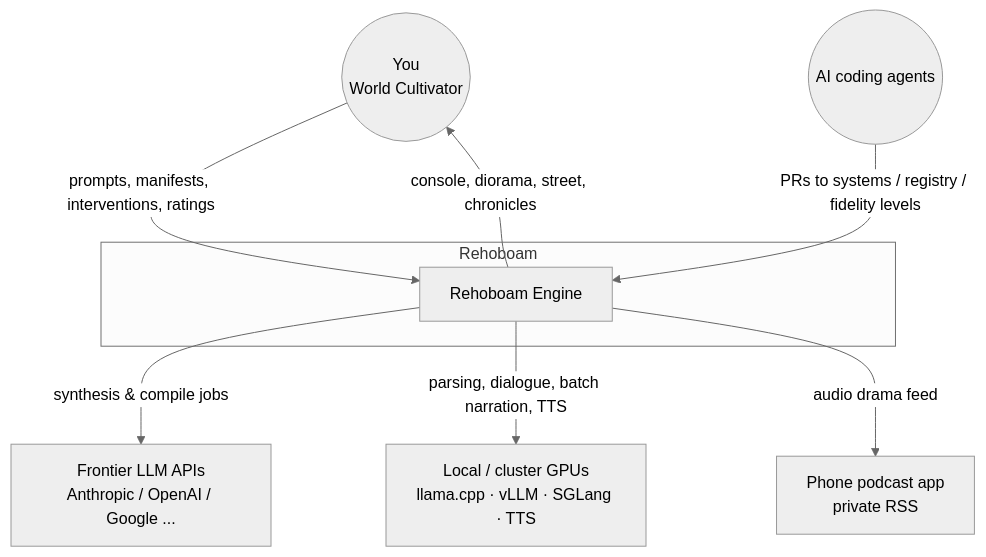
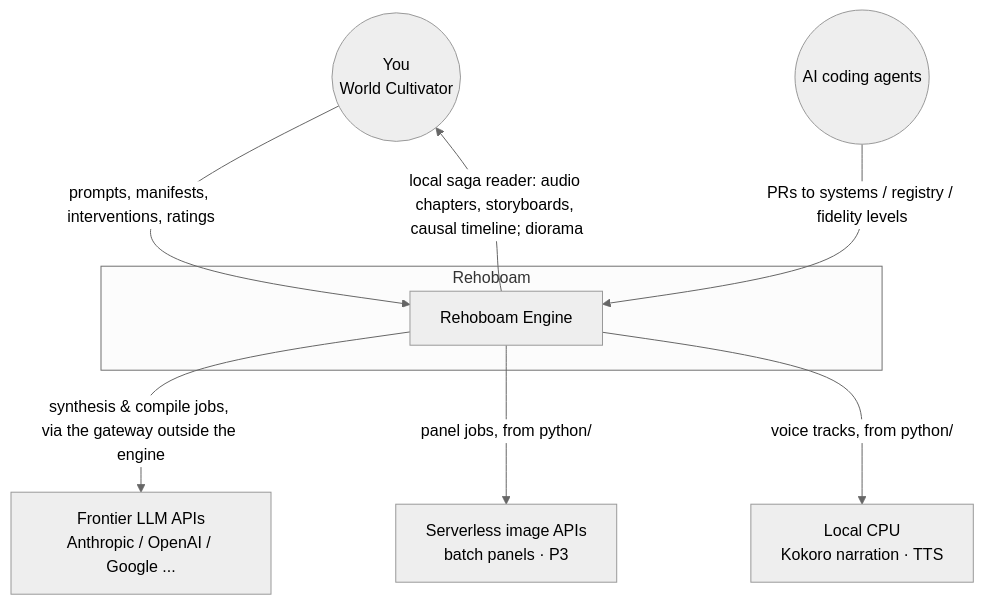
One commit to BigRigVibeCoder/Rehoboam changed the first of 3 diagrams in docs/05_architecture/05.0_overview.md. Above: the diagram before and after it, drawn with Mermaid (neutral theme). The commit also changed other lines of this file and 40 other files, not shown here.

````diff
--- a/docs/05_architecture/05.0_overview.md
+++ b/docs/05_architecture/05.0_overview.md
@@ -48,17 +50,17 @@
 ```mermaid
 flowchart TB
     you((You<br/>World Cultivator))
     agents((AI coding agents))
     subgraph Rehoboam
       core[Rehoboam Engine]
     end
     llmapi[Frontier LLM APIs<br/>Anthropic / OpenAI / Google ...]
-    gpu[Local / cluster GPUs<br/>llama.cpp · vLLM · SGLang · TTS]
-    phone[Phone podcast app<br/>private RSS]
+    imgapi[Serverless image APIs<br/>batch panels · P3]
+    cpu[Local CPU<br/>Kokoro narration · TTS]
     you -- prompts, manifests, interventions, ratings --> core
-    core -- console, diorama, street, chronicles --> you
+    core -- local saga reader: audio chapters, storyboards, causal timeline; diorama --> you
     agents -- PRs to systems / registry / fidelity levels --> core
-    core -- synthesis & compile jobs --> llmapi
-    core -- parsing, dialogue, batch narration, TTS --> gpu
-    core -- audio drama feed --> phone
+    core -- synthesis & compile jobs, via the gateway outside the engine --> llmapi
+    core -- panel jobs, from python/ --> imgapi
+    core -- voice tracks, from python/ --> cpu
 ```
````
